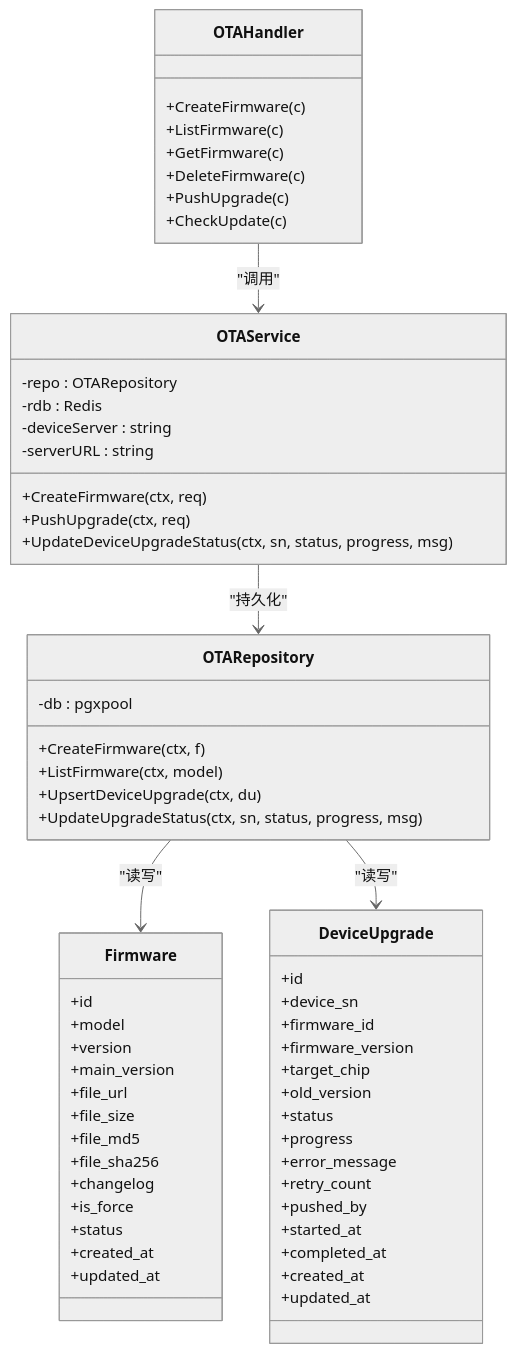
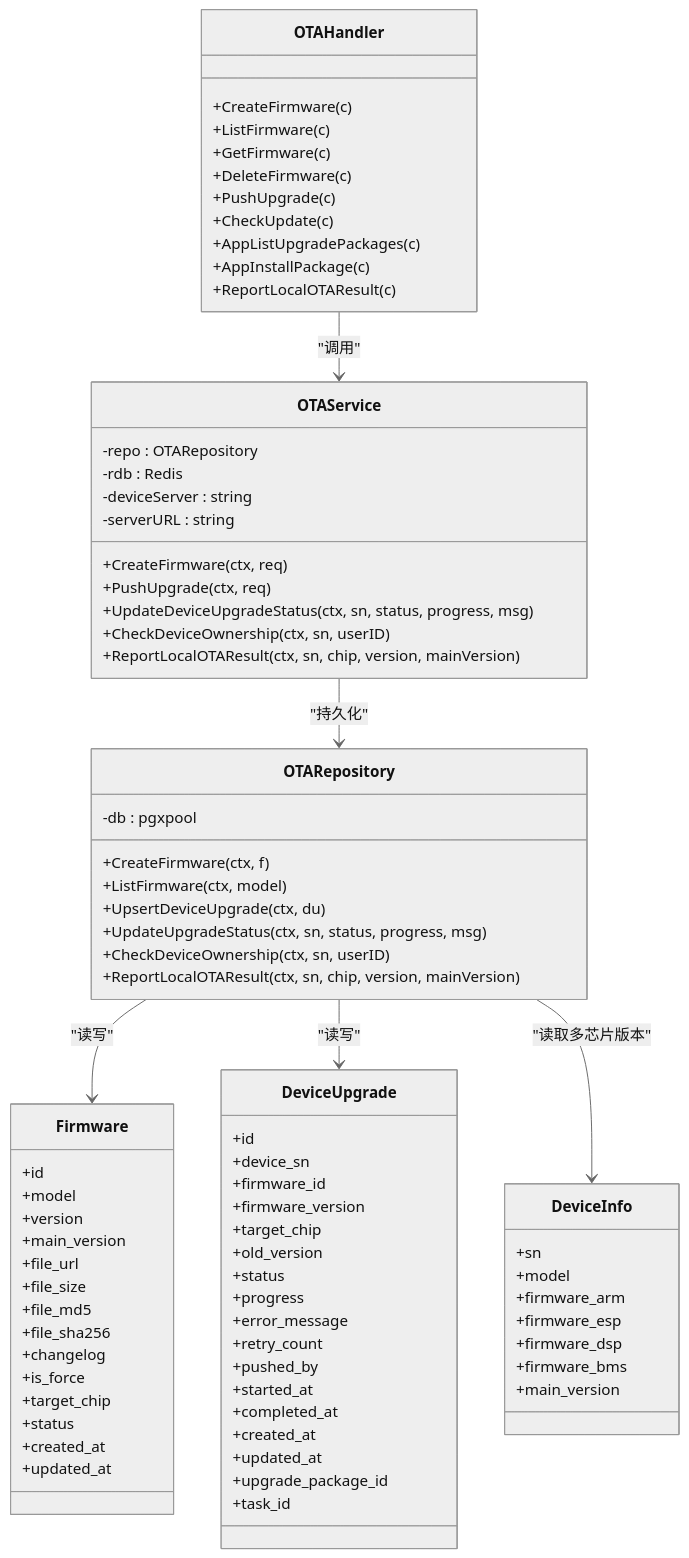
One commit to mcmrzy/cs_inv_monitor-develop changed the fifth of 5 diagrams in .qoder/repowiki/zh/content/OTA升级系统/固件管理.md. Above: the diagram before and after it, drawn with Mermaid (neutral theme). The commit also changed other lines of this file and 12 other files, not shown here.

````diff
--- a/.qoder/repowiki/zh/content/OTA升级系统/固件管理.md
+++ b/.qoder/repowiki/zh/content/OTA升级系统/固件管理.md
@@ -259,6 +362,9 @@
 +DeleteFirmware(c)
 +PushUpgrade(c)
 +CheckUpdate(c)
++AppListUpgradePackages(c)
++AppInstallPackage(c)
++ReportLocalOTAResult(c)
 }
 class OTAService {
 -repo : OTARepository
@@ -268,6 +374,8 @@
 +CreateFirmware(ctx, req)
 +PushUpgrade(ctx, req)
 +UpdateDeviceUpgradeStatus(ctx, sn, status, progress, msg)
++CheckDeviceOwnership(ctx, sn, userID)
++ReportLocalOTAResult(ctx, sn, chip, version, mainVersion)
 }
 class OTARepository {
 -db : pgxpool
@@ -275,6 +383,8 @@
 +ListFirmware(ctx, model)
 +UpsertDeviceUpgrade(ctx, du)
 +UpdateUpgradeStatus(ctx, sn, status, progress, msg)
++CheckDeviceOwnership(ctx, sn, userID)
++ReportLocalOTAResult(ctx, sn, chip, version, mainVersion)
 }
 class Firmware {
 +id
@@ -287,6 +397,7 @@
 +file_sha256
 +changelog
 +is_force
++target_chip
 +status
 +created_at
 +updated_at
@@ -307,9 +418,21 @@
 +completed_at
 +created_at
 +updated_at
++upgrade_package_id
++task_id
+}
+class DeviceInfo {
++sn
++model
++firmware_arm
++firmware_esp
++firmware_dsp
++firmware_bms
++main_version
 }
 OTAHandler --> OTAService : "调用"
 OTAService --> OTARepository : "持久化"
 OTARepository --> Firmware : "读写"
 OTARepository --> DeviceUpgrade : "读写"
+OTARepository --> DeviceInfo : "读取多芯片版本"
 ```
````
